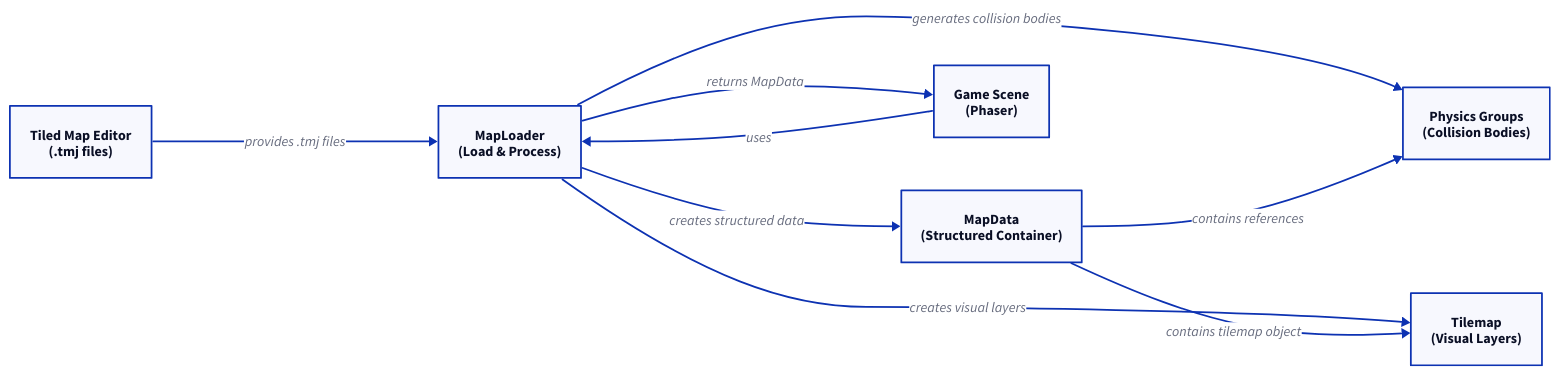
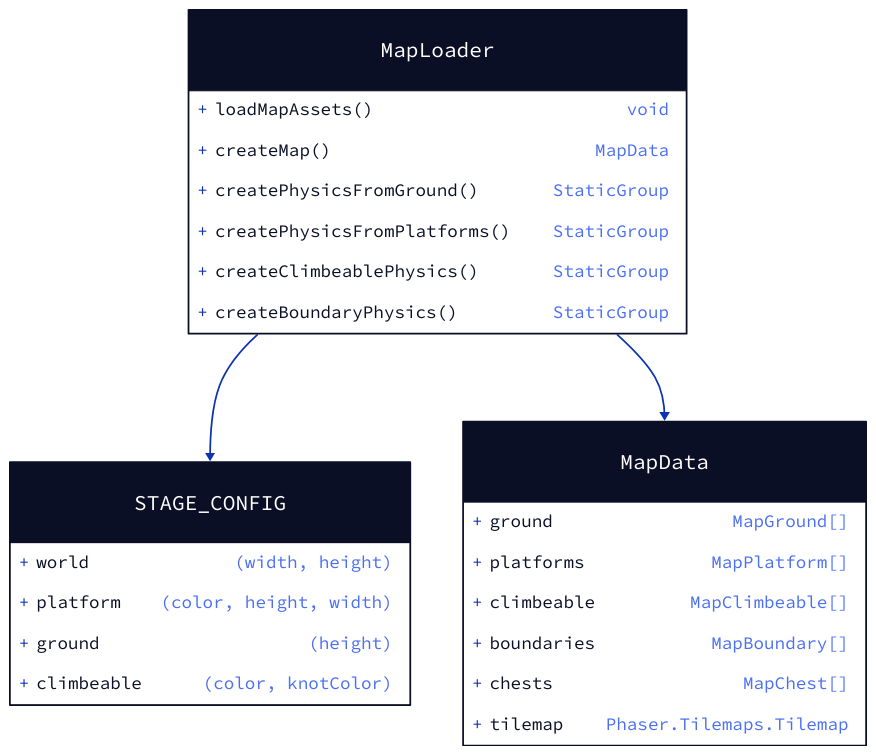
The first of 2 diagrams in docs/content/docs/stage/stage.md (DevTK0/jump-story-mvp), drawn with D2 before and after one commit. The commit also changed other lines of this file and 1 other file, not shown here.

Commit message:
docs: Update stage docs.

````diff
--- a/docs/content/docs/stage/stage.md
+++ b/docs/content/docs/stage/stage.md
@@ -5,41 +5,32 @@
-```d2
-direction: right
+```d2 layout="elk"
+MapLoader: {
+  shape: class
+  loadMapAssets()
+  createMap(): MapData
+  createPhysicsFromGround(): StaticGroup
+  createPhysicsFromPlatforms(): StaticGroup
+  createClimbeablePhysics(): StaticGroup
+  createBoundaryPhysics(): StaticGroup
+}
 
-MapLoader: {
-  label: "MapLoader\n(Load & Process)"
+STAGE_CONFIG: {
+  shape: class
+  world: (width, height)
+  platform: (color, height, width)
+  ground: (height)
+  climbeable: (color, knotColor)
 }
 
 MapData: {
-  label: "MapData\n(Structured Container)"
+  shape: class
+  ground: "MapGround[]"
+  platforms: "MapPlatform[]"
+  climbeable: "MapClimbeable[]"
+  boundaries: "MapBoundary[]"
+  chests: "MapChest[]"
+  tilemap: Phaser.Tilemaps.Tilemap
 }
 
-PhysicsGroups: {
-  label: "Physics Groups\n(Collision Bodies)"
-}
-
-GameScene: {
-  label: "Game Scene\n(Phaser)"
-}
-
-TiledMapEditor: {
-  label: "Tiled Map Editor\n(.tmj files)"
-}
-
-Tilemap: {
-  label: "Tilemap\n(Visual Layers)"
-}
-
-# Asset Flow
-TiledMapEditor -> MapLoader: provides .tmj files
-MapLoader -> MapData: creates structured data
-MapLoader -> PhysicsGroups: generates collision bodies
-MapLoader -> Tilemap: creates visual layers
-
-# Scene Integration
-GameScene -> MapLoader: uses
-MapLoader -> GameScene: returns MapData
-
-# Data Structure
-MapData -> PhysicsGroups: contains references
-MapData -> Tilemap: contains tilemap object
+MapLoader -> STAGE_CONFIG
+MapLoader -> MapData
 ```
````
